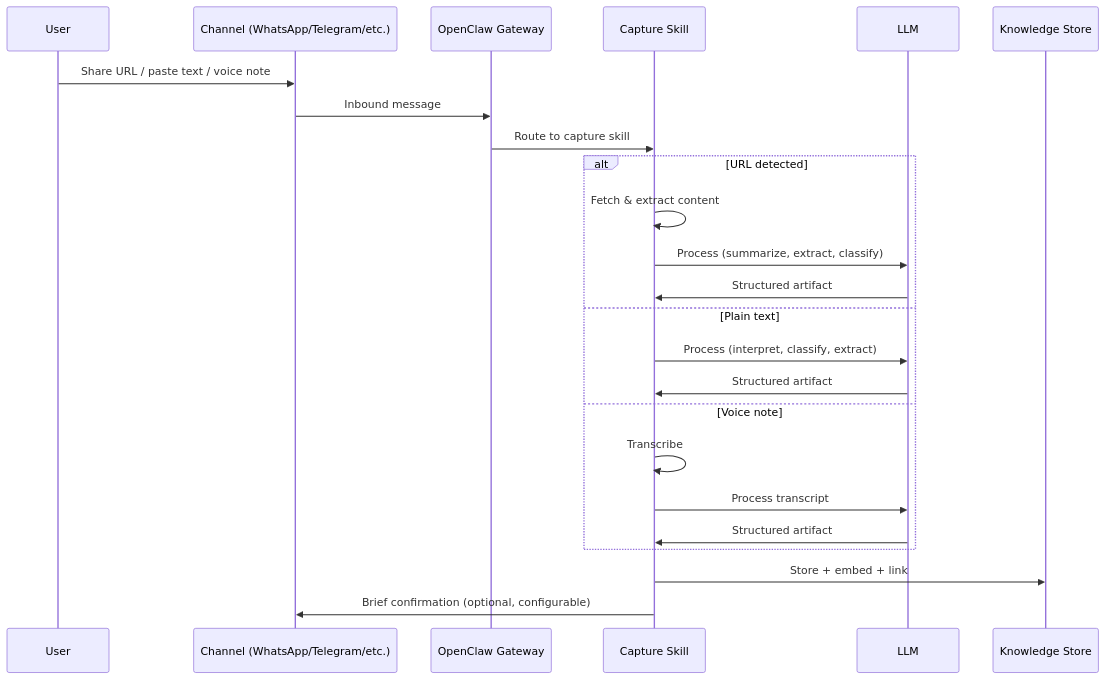
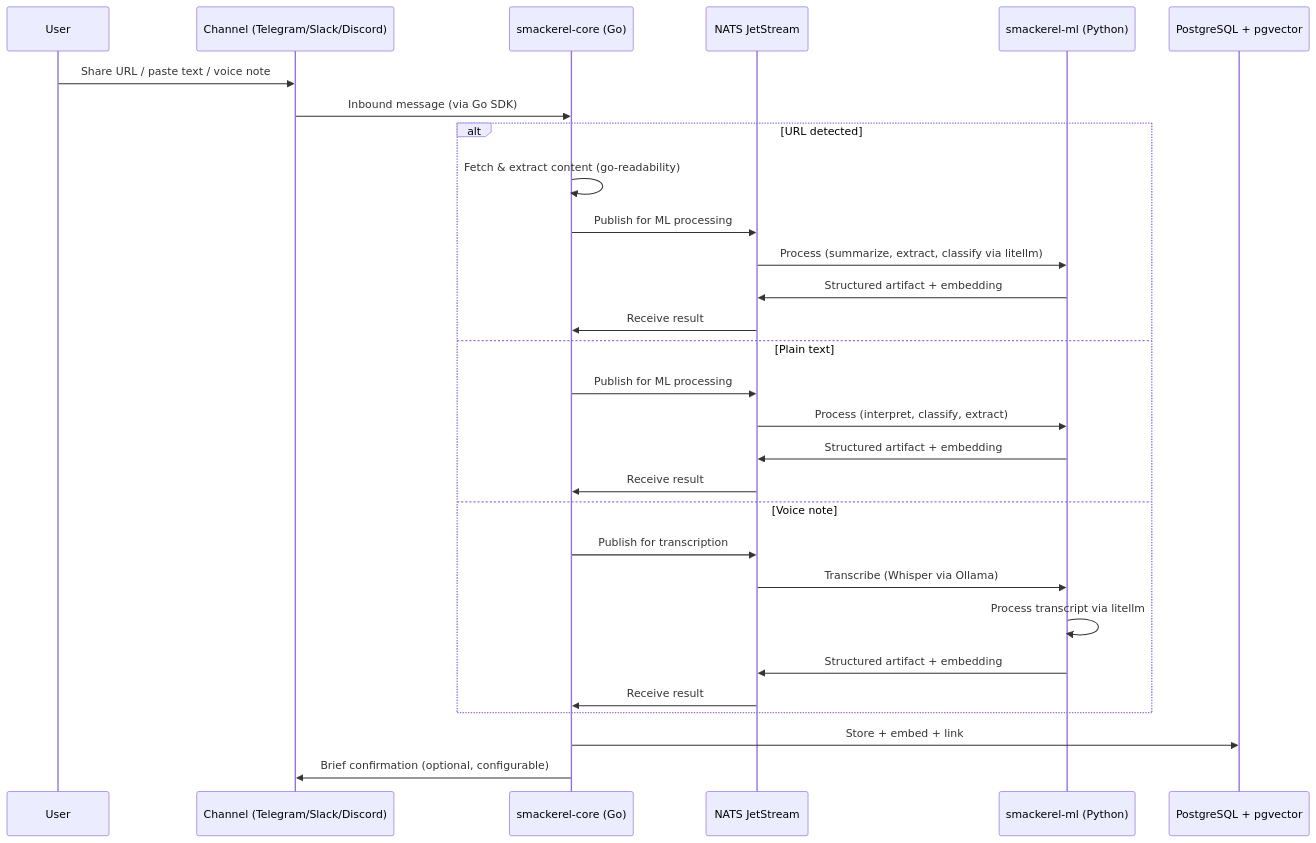
The fourth of 14 diagrams in docs/smackerel.md (pkirsanov/smackerel), drawn with Mermaid before and after one commit. The commit also changed other lines of this file and 1 other file, not shown here.

First line of the commit message:
Add competitive analysis, connector ecosystem, and Go+pgvector tech stack to design doc

````diff
--- a/docs/smackerel.md
+++ b/docs/smackerel.md
@@ -334,29 +326,34 @@
 ```mermaid
 sequenceDiagram
     participant U as User
-    participant CH as Channel (WhatsApp/Telegram/etc.)
-    participant GW as OpenClaw Gateway
-    participant SKILL as Capture Skill
-    participant LLM as LLM
-    participant STORE as Knowledge Store
+    participant CH as Channel (Telegram/Slack/Discord)
+    participant CORE as smackerel-core (Go)
+    participant NATS as NATS JetStream
+    participant ML as smackerel-ml (Python)
+    participant PG as PostgreSQL + pgvector
 
     U->>CH: Share URL / paste text / voice note
-    CH->>GW: Inbound message
-    GW->>SKILL: Route to capture skill
+    CH->>CORE: Inbound message (via Go SDK)
     
     alt URL detected
-        SKILL->>SKILL: Fetch & extract content
-        SKILL->>LLM: Process (summarize, extract, classify)
-        LLM->>SKILL: Structured artifact
+        CORE->>CORE: Fetch & extract content (go-readability)
+        CORE->>NATS: Publish for ML processing
+        NATS->>ML: Process (summarize, extract, classify via litellm)
+        ML->>NATS: Structured artifact + embedding
+        NATS->>CORE: Receive result
     else Plain text
-        SKILL->>LLM: Process (interpret, classify, extract)
-        LLM->>SKILL: Structured artifact
+        CORE->>NATS: Publish for ML processing
+        NATS->>ML: Process (interpret, classify, extract)
+        ML->>NATS: Structured artifact + embedding
+        NATS->>CORE: Receive result
     else Voice note
-        SKILL->>SKILL: Transcribe
-        SKILL->>LLM: Process transcript
-        LLM->>SKILL: Structured artifact
+        CORE->>NATS: Publish for transcription
+        NATS->>ML: Transcribe (Whisper via Ollama)
+        ML->>ML: Process transcript via litellm
+        ML->>NATS: Structured artifact + embedding
+        NATS->>CORE: Receive result
     end
     
-    SKILL->>STORE: Store + embed + link
-    SKILL->>CH: Brief confirmation (optional, configurable)
+    CORE->>PG: Store + embed + link
+    CORE->>CH: Brief confirmation (optional, configurable)
 ```
````
